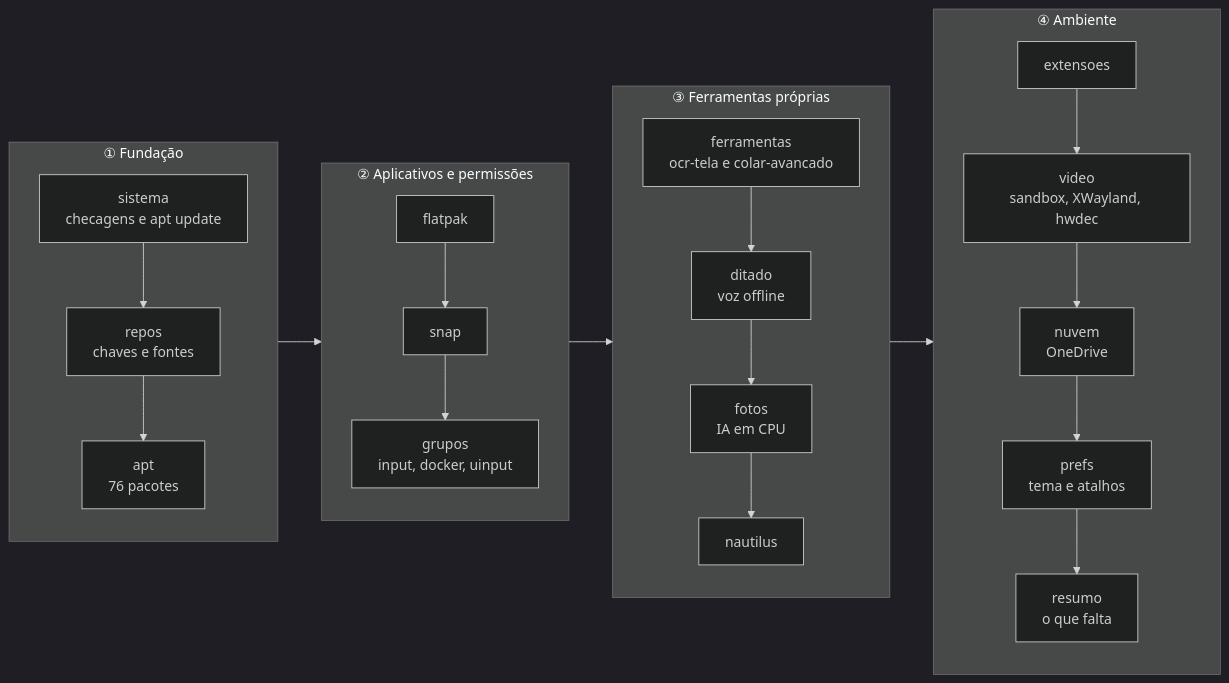
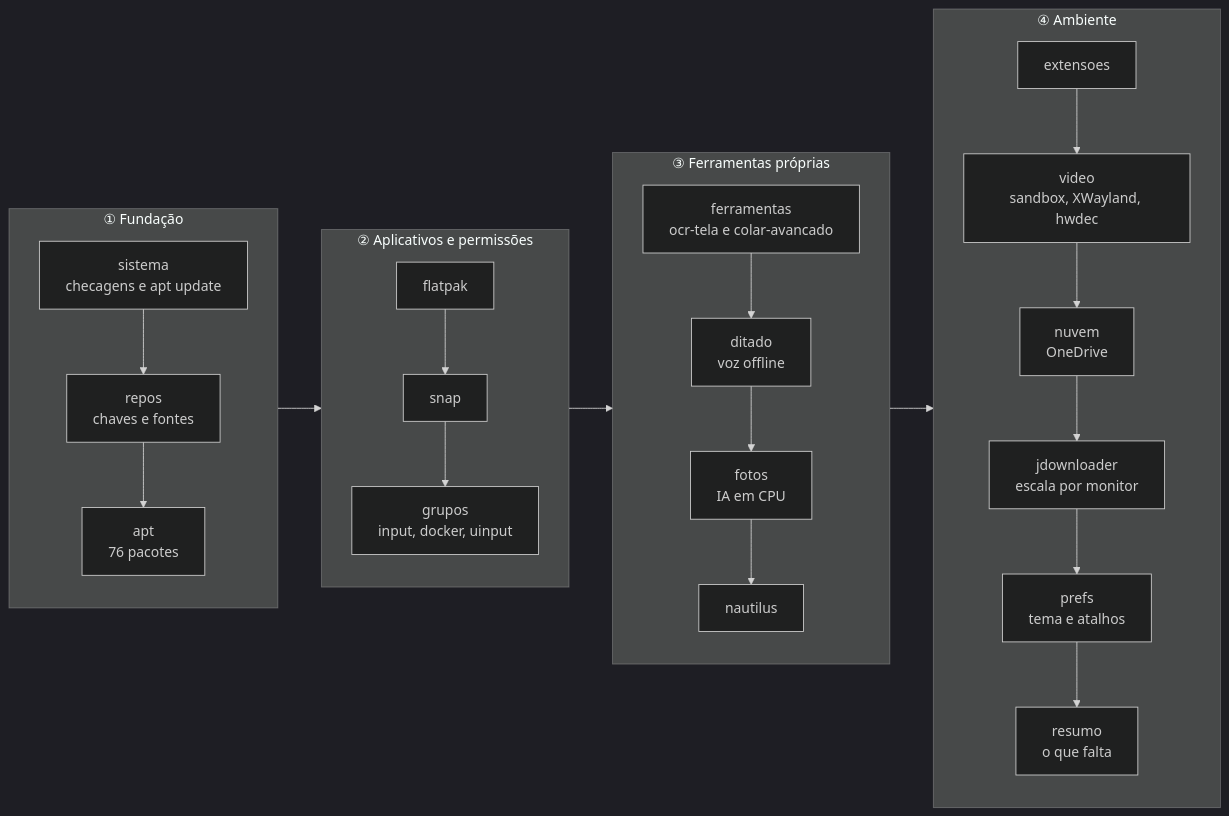
One commit to augustotecnos/nova-maquina changed the diagram in README.md. Above: the diagram before and after it, drawn with Mermaid (dark theme). The commit also changed other lines of this file and 8 other files, not shown here.

First line of the commit message:
Etapa jdownloader: escala certa em cada monitor e aviso ao trocar

````diff
--- a/README.md
+++ b/README.md
@@ -50,20 +50,20 @@
 ```mermaid
 flowchart LR
     subgraph F["① Fundação"]
         direction TB
         A["sistema<br/>checagens e apt update"] --> B["repos<br/>chaves e fontes"] --> C["apt<br/>76 pacotes"]
     end
     subgraph P["② Aplicativos e permissões"]
         direction TB
         D["flatpak"] --> E["snap"] --> G["grupos<br/>input, docker, uinput"]
     end
     subgraph T["③ Ferramentas próprias"]
         direction TB
         H["ferramentas<br/>ocr-tela e colar-avancado"] --> I["ditado<br/>voz offline"] --> J["fotos<br/>IA em CPU"] --> K["nautilus"]
     end
     subgraph M["④ Ambiente"]
         direction TB
-        L["extensoes"] --> V["video<br/>sandbox, XWayland, hwdec"] --> U["nuvem<br/>OneDrive"] --> N["prefs<br/>tema e atalhos"] --> O["resumo<br/>o que falta"]
+        L["extensoes"] --> V["video<br/>sandbox, XWayland, hwdec"] --> U["nuvem<br/>OneDrive"] --> W["jdownloader<br/>escala por monitor"] --> N["prefs<br/>tema e atalhos"] --> O["resumo<br/>o que falta"]
     end
     F --> P --> T --> M
 ```
````
